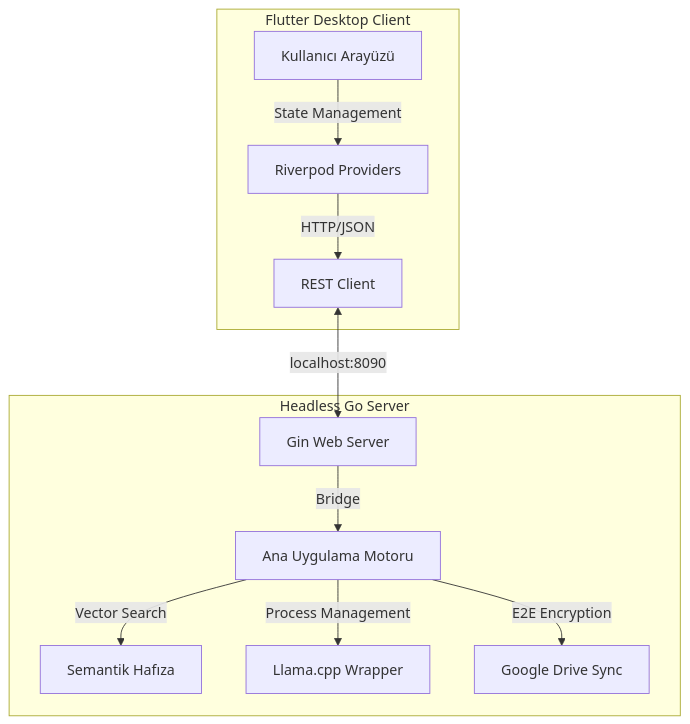
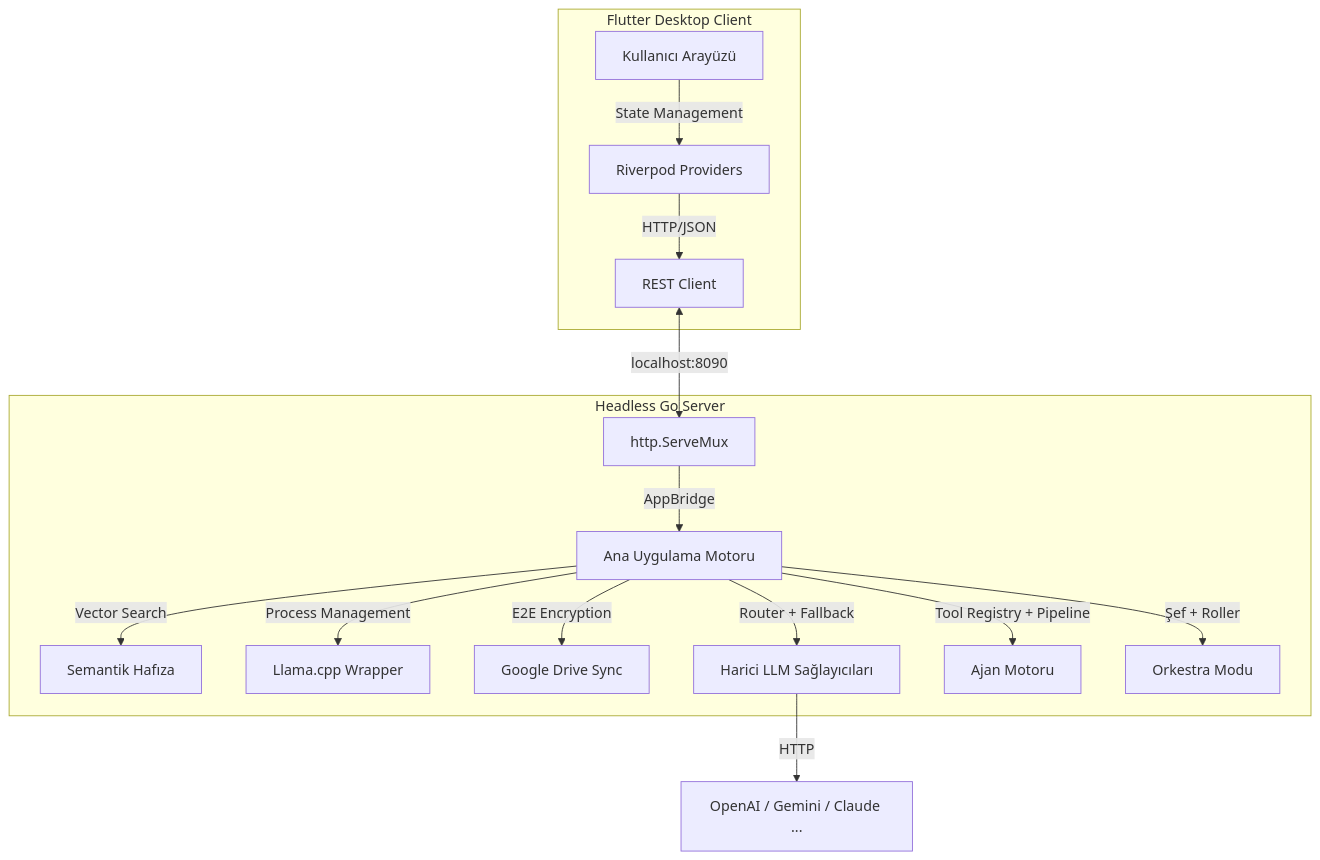
One commit to BugraAkdemir/memo changed the diagram in obsidian-doc/Memo/Mimari Yapı.md. Above: the diagram before and after it, drawn with Mermaid. The commit also changed other lines of this file and 66 other files, not shown here.

First line of the commit message:
feat: add agent execution engine with streaming support to App

````diff
--- a/obsidian-doc/Memo/Mimari Yapı.md
+++ b/obsidian-doc/Memo/Mimari Yapı.md
@@ -11,16 +11,20 @@
 ```mermaid
 graph TD
     subgraph Frontend [Flutter Desktop Client]
         UI[Kullanıcı Arayüzü] -->|State Management| States[Riverpod Providers]
         States -->|HTTP/JSON| API_Client[REST Client]
     end
 
     subgraph Backend [Headless Go Server]
-        WebServer[Gin Web Server] -->|Bridge| AppGo[Ana Uygulama Motoru]
+        WebServer[http.ServeMux] -->|AppBridge| AppGo[Ana Uygulama Motoru]
         AppGo -->|Vector Search| Memory[Semantik Hafıza]
         AppGo -->|Process Management| Llama[Llama.cpp Wrapper]
         AppGo -->|E2E Encryption| Sync[Google Drive Sync]
+        AppGo -->|Router + Fallback| Providers[Harici LLM Sağlayıcıları]
+        AppGo -->|Tool Registry + Pipeline| Agent[Ajan Motoru]
+        AppGo -->|Şef + Roller| Orchestra[Orkestra Modu]
     end
 
     API_Client <-->|localhost:8090| WebServer
+    Providers -->|HTTP| External[OpenAI / Gemini / Claude ...]
 ```
````
